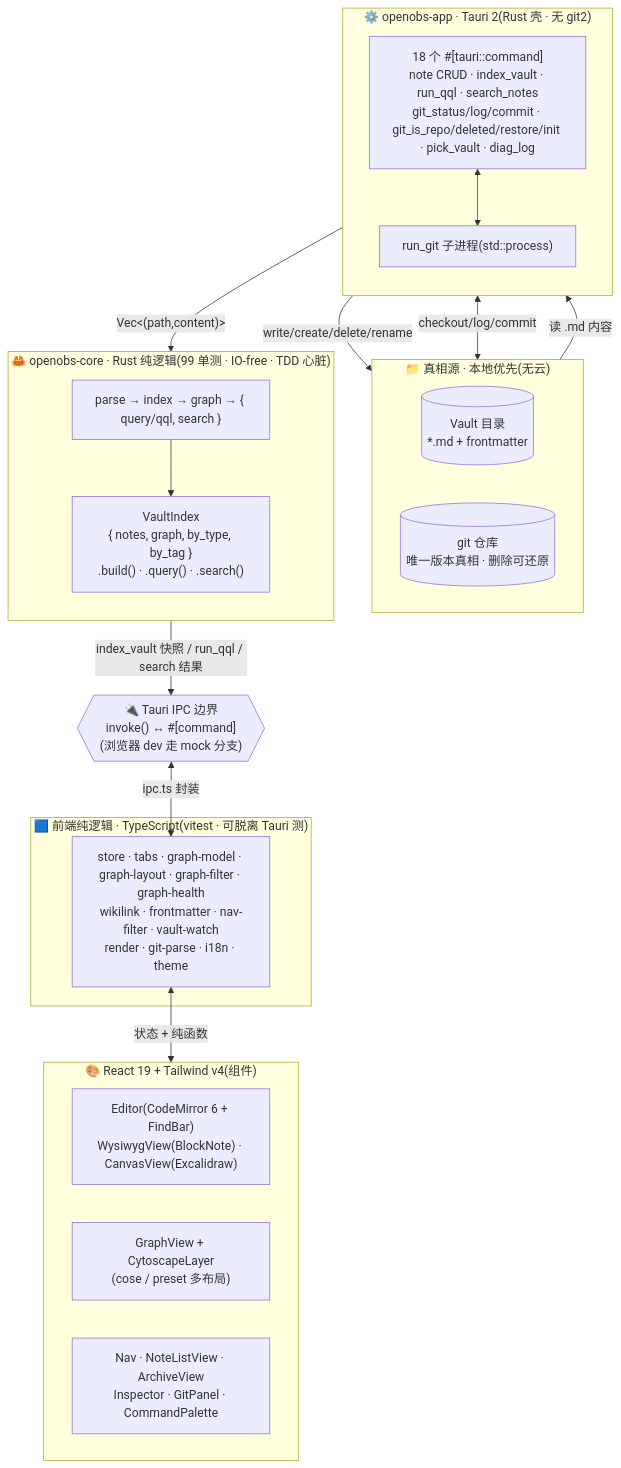
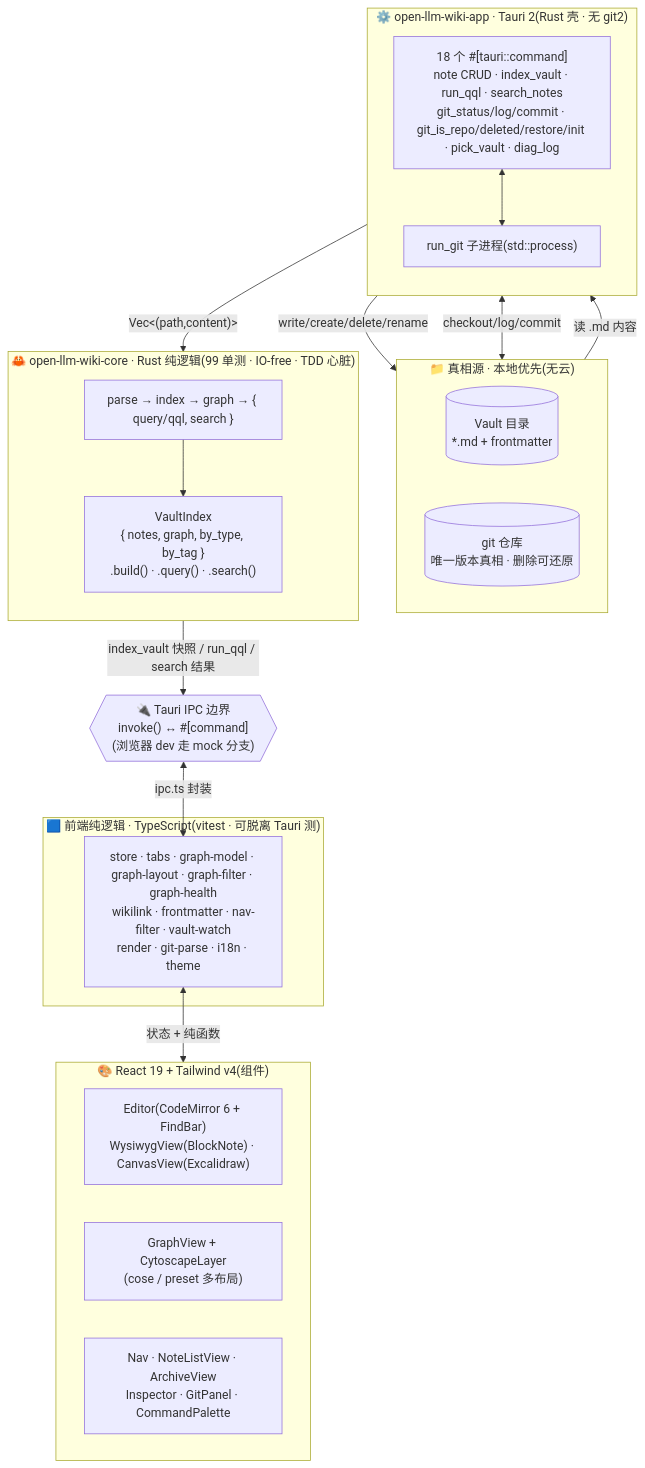
Before and after one commit to rhythm1995/open-llm-wiki: the first of 3 diagrams in docs/07-llm-wiki-architecture.md, drawn with Mermaid. The commit also changed other lines of this file and 74 other files, not shown here.

First line of the commit message:
chore: rebrand to Open LLM Wiki and relicense Apache-2.0

````diff
--- a/docs/07-llm-wiki-architecture.md
+++ b/docs/07-llm-wiki-architecture.md
@@ -25,44 +25,44 @@
 ```mermaid
 flowchart TD
   subgraph SRC["📁 真相源 · 本地优先(无云)"]
     direction LR
     V[("Vault 目录<br/>*.md + frontmatter")]
     G[("git 仓库<br/>唯一版本真相 · 删除可还原")]
   end
 
-  subgraph CORE["🦀 openobs-core · Rust 纯逻辑(99 单测 · IO-free · TDD 心脏)"]
+  subgraph CORE["🦀 open-llm-wiki-core · Rust 纯逻辑(99 单测 · IO-free · TDD 心脏)"]
     direction TB
     PIPE["parse → index → graph → { query/qql, search }"]
     VI["VaultIndex<br/>{ notes, graph, by_type, by_tag }<br/>.build() · .query() · .search()"]
     PIPE --> VI
   end
 
-  subgraph APP["⚙️ openobs-app · Tauri 2(Rust 壳 · 无 git2)"]
+  subgraph APP["⚙️ open-llm-wiki-app · Tauri 2(Rust 壳 · 无 git2)"]
     direction TB
     CMD["18 个 #[tauri::command]<br/>note CRUD · index_vault · run_qql · search_notes<br/>git_status/log/commit · git_is_repo/deleted/restore/init · pick_vault · diag_log"]
     GIT["run_git 子进程(std::process)"]
     CMD <--> GIT
   end
 
   IPC{{"🔌 Tauri IPC 边界<br/>invoke() ↔ #[command]<br/>(浏览器 dev 走 mock 分支)"}}
 
   subgraph TS["🟦 前端纯逻辑 · TypeScript(vitest · 可脱离 Tauri 测)"]
     LIB["store · tabs · graph-model · graph-layout · graph-filter · graph-health<br/>wikilink · frontmatter · nav-filter · vault-watch<br/>render · git-parse · i18n · theme"]
   end
 
   subgraph REACT["🎨 React 19 + Tailwind v4(组件)"]
     direction LR
     ED["Editor(CodeMirror 6 + FindBar)<br/>WysiwygView(BlockNote) · CanvasView(Excalidraw)"]
     GR["GraphView + CytoscapeLayer<br/>(cose / preset 多布局)"]
     NAV["Nav · NoteListView · ArchiveView<br/>Inspector · GitPanel · CommandPalette"]
   end
 
   %% 主数据流
   V -->|"读 .md 内容"| CMD
   CMD -->|"Vec<(path,content)>"| PIPE
   VI -->|"index_vault 快照 / run_qql / search 结果"| IPC
   CMD -->|"write/create/delete/rename"| V
   GIT <-->|"checkout/log/commit"| G
   IPC <-->|"ipc.ts 封装"| LIB
   LIB <-->|"状态 + 纯函数"| REACT
 ```
````
